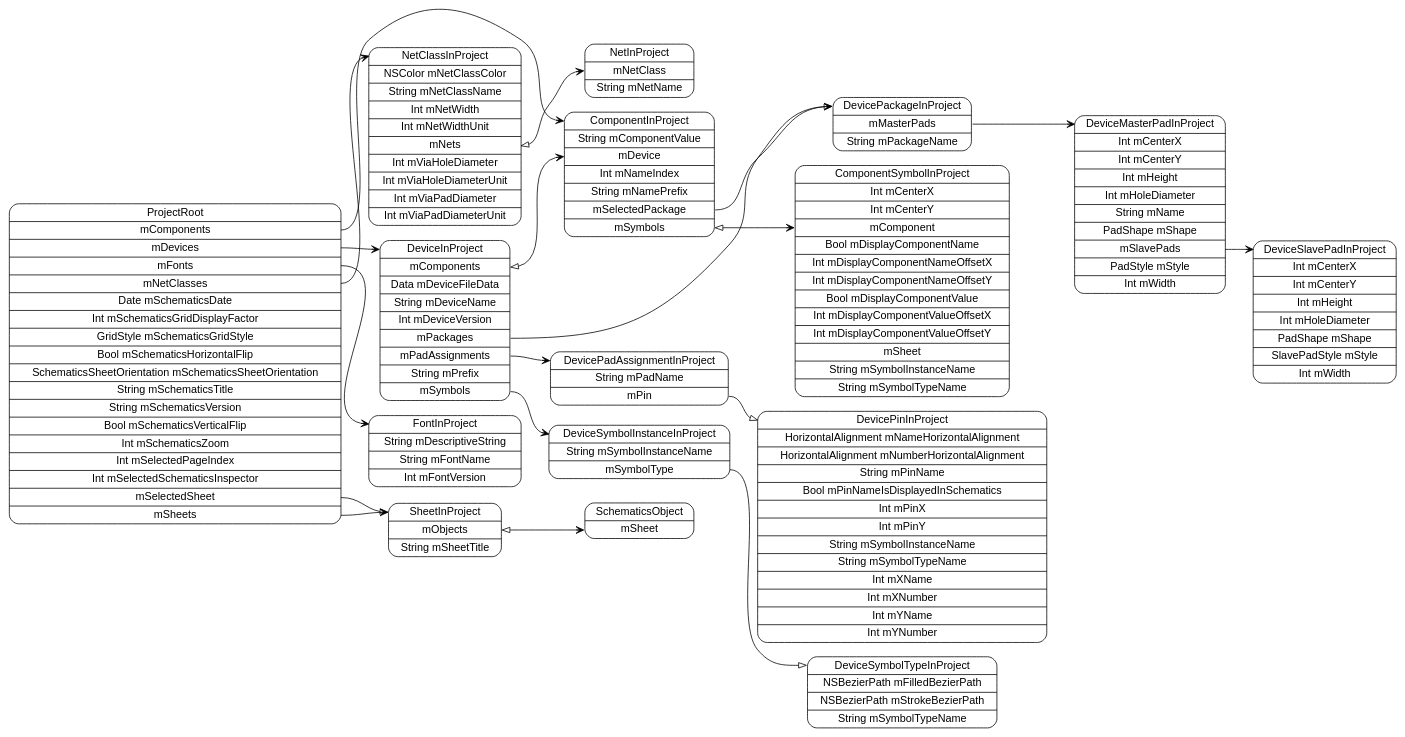
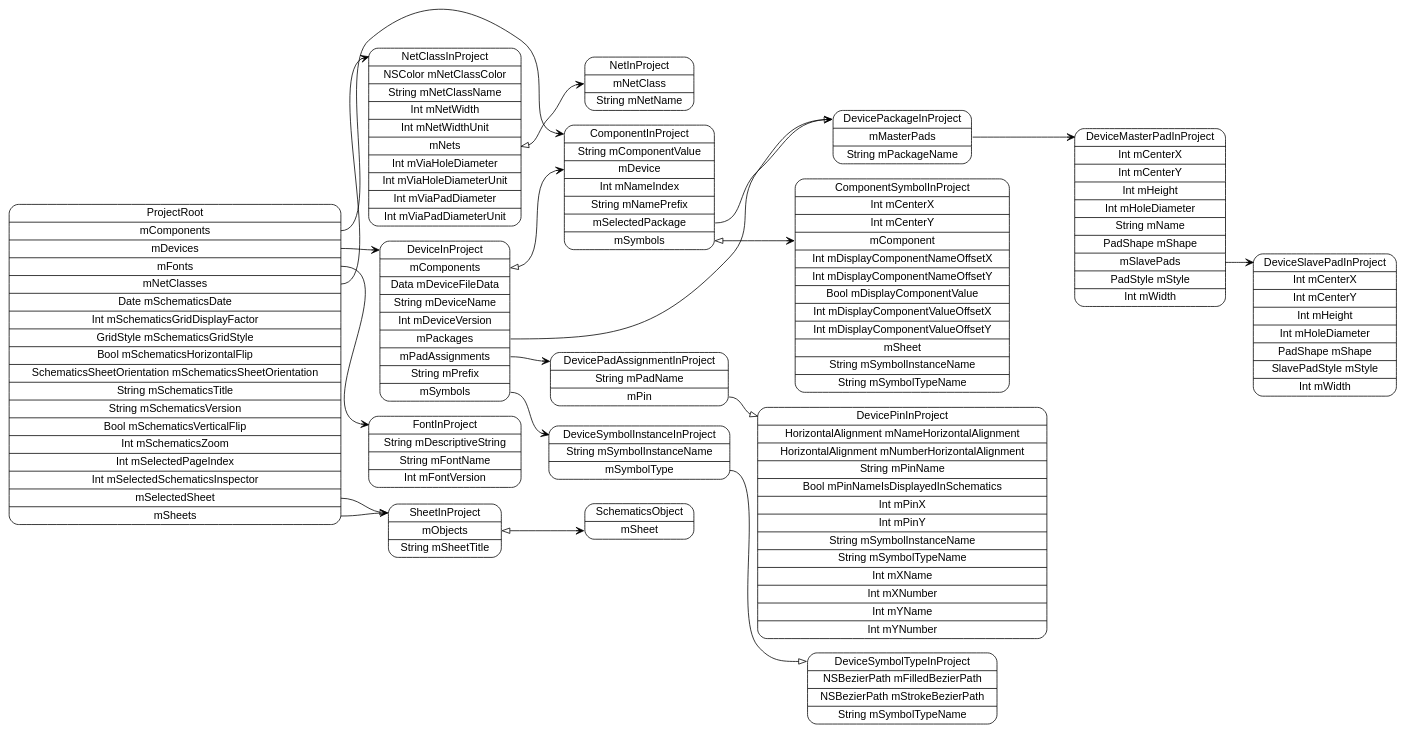
The diagram in models/ProjectRoot.dot (pierremolinaro/ElCanari-dev), drawn with Graphviz before and after one commit. The commit also changed 18 other files, not shown here.

Commit message:
Starting symbol inspector in project

```diff
--- a/models/ProjectRoot.dot
+++ b/models/ProjectRoot.dot
@@ -1,38 +1,38 @@
 digraph G {
   rankdir=LR ;
   node [shape=record fontname=helvetica style=rounded] ;
   ProjectRoot[label="<ProjectRoot>ProjectRoot|<mComponents>mComponents|<mDevices>mDevices|<mFonts>mFonts|<mNetClasses>mNetClasses|Date mSchematicsDate|Int mSchematicsGridDisplayFactor|GridStyle mSchematicsGridStyle|Bool mSchematicsHorizontalFlip|SchematicsSheetOrientation mSchematicsSheetOrientation|String mSchematicsTitle|String mSchematicsVersion|Bool mSchematicsVerticalFlip|Int mSchematicsZoom|Int mSelectedPageIndex|Int mSelectedSchematicsInspector|<mSelectedSheet>mSelectedSheet|<mSheets>mSheets"] ;
   SheetInProject[label="<SheetInProject>SheetInProject|<mObjects>mObjects|String mSheetTitle"] ;
   SchematicsObject[label="<SchematicsObject>SchematicsObject|<mSheet>mSheet"] ;
   NetClassInProject[label="<NetClassInProject>NetClassInProject|NSColor mNetClassColor|String mNetClassName|Int mNetWidth|Int mNetWidthUnit|<mNets>mNets|Int mViaHoleDiameter|Int mViaHoleDiameterUnit|Int mViaPadDiameter|Int mViaPadDiameterUnit"] ;
   NetInProject[label="<NetInProject>NetInProject|<mNetClass>mNetClass|String mNetName"] ;
   FontInProject[label="<FontInProject>FontInProject|String mDescriptiveString|String mFontName|Int mFontVersion"] ;
   DeviceInProject[label="<DeviceInProject>DeviceInProject|<mComponents>mComponents|Data mDeviceFileData|String mDeviceName|Int mDeviceVersion|<mPackages>mPackages|<mPadAssignments>mPadAssignments|String mPrefix|<mSymbols>mSymbols"] ;
   DeviceSymbolInstanceInProject[label="<DeviceSymbolInstanceInProject>DeviceSymbolInstanceInProject|String mSymbolInstanceName|<mSymbolType>mSymbolType"] ;
   DeviceSymbolTypeInProject[label="<DeviceSymbolTypeInProject>DeviceSymbolTypeInProject|NSBezierPath mFilledBezierPath|NSBezierPath mStrokeBezierPath|String mSymbolTypeName"] ;
   DevicePadAssignmentInProject[label="<DevicePadAssignmentInProject>DevicePadAssignmentInProject|String mPadName|<mPin>mPin"] ;
   DevicePinInProject[label="<DevicePinInProject>DevicePinInProject|HorizontalAlignment mNameHorizontalAlignment|HorizontalAlignment mNumberHorizontalAlignment|String mPinName|Bool mPinNameIsDisplayedInSchematics|Int mPinX|Int mPinY|String mSymbolInstanceName|String mSymbolTypeName|Int mXName|Int mXNumber|Int mYName|Int mYNumber"] ;
   DevicePackageInProject[label="<DevicePackageInProject>DevicePackageInProject|<mMasterPads>mMasterPads|String mPackageName"] ;
   DeviceMasterPadInProject[label="<DeviceMasterPadInProject>DeviceMasterPadInProject|Int mCenterX|Int mCenterY|Int mHeight|Int mHoleDiameter|String mName|PadShape mShape|<mSlavePads>mSlavePads|PadStyle mStyle|Int mWidth"] ;
   DeviceSlavePadInProject[label="<DeviceSlavePadInProject>DeviceSlavePadInProject|Int mCenterX|Int mCenterY|Int mHeight|Int mHoleDiameter|PadShape mShape|SlavePadStyle mStyle|Int mWidth"] ;
   ComponentInProject[label="<ComponentInProject>ComponentInProject|String mComponentValue|<mDevice>mDevice|Int mNameIndex|String mNamePrefix|<mSelectedPackage>mSelectedPackage|<mSymbols>mSymbols"] ;
-  ComponentSymbolInProject[label="<ComponentSymbolInProject>ComponentSymbolInProject|Int mCenterX|Int mCenterY|<mComponent>mComponent|Bool mDisplayComponentName|Int mDisplayComponentNameOffsetX|Int mDisplayComponentNameOffsetY|Bool mDisplayComponentValue|Int mDisplayComponentValueOffsetX|Int mDisplayComponentValueOffsetY|<mSheet>mSheet|String mSymbolInstanceName|String mSymbolTypeName"] ;
+  ComponentSymbolInProject[label="<ComponentSymbolInProject>ComponentSymbolInProject|Int mCenterX|Int mCenterY|<mComponent>mComponent|Int mDisplayComponentNameOffsetX|Int mDisplayComponentNameOffsetY|Bool mDisplayComponentValue|Int mDisplayComponentValueOffsetX|Int mDisplayComponentValueOffsetY|<mSheet>mSheet|String mSymbolInstanceName|String mSymbolTypeName"] ;
   ProjectRoot:mComponents -> ComponentInProject:ComponentInProject [dir=both arrowtail=none arrowhead=vee] ;
   ProjectRoot:mDevices -> DeviceInProject:DeviceInProject [dir=both arrowtail=none arrowhead=vee] ;
   ProjectRoot:mFonts -> FontInProject:FontInProject [dir=both arrowtail=none arrowhead=vee] ;
   ProjectRoot:mNetClasses -> NetClassInProject:NetClassInProject [dir=both arrowtail=none arrowhead=vee] ;
   ProjectRoot:mSelectedSheet -> SheetInProject:SheetInProject [dir=both arrowtail=none arrowhead=onormal] ;
   ProjectRoot:mSheets -> SheetInProject:SheetInProject [dir=both arrowtail=none arrowhead=vee] ;
   SheetInProject:mObjects -> SchematicsObject:mSheet [dir=both arrowtail=onormal arrowhead=vee] ;
   NetClassInProject:mNets -> NetInProject:mNetClass [dir=both arrowtail=onormal arrowhead=vee] ;
   DeviceInProject:mComponents -> ComponentInProject:mDevice [dir=both arrowtail=onormal arrowhead=vee] ;
   DeviceInProject:mPackages -> DevicePackageInProject:DevicePackageInProject [dir=both arrowtail=none arrowhead=vee] ;
   DeviceInProject:mPadAssignments -> DevicePadAssignmentInProject:DevicePadAssignmentInProject [dir=both arrowtail=none arrowhead=vee] ;
   DeviceInProject:mSymbols -> DeviceSymbolInstanceInProject:DeviceSymbolInstanceInProject [dir=both arrowtail=none arrowhead=vee] ;
   DeviceSymbolInstanceInProject:mSymbolType -> DeviceSymbolTypeInProject:DeviceSymbolTypeInProject [dir=both arrowtail=none arrowhead=onormal] ;
   DevicePadAssignmentInProject:mPin -> DevicePinInProject:DevicePinInProject [dir=both arrowtail=none arrowhead=onormal] ;
   DevicePackageInProject:mMasterPads -> DeviceMasterPadInProject:DeviceMasterPadInProject [dir=both arrowtail=none arrowhead=vee] ;
   DeviceMasterPadInProject:mSlavePads -> DeviceSlavePadInProject:DeviceSlavePadInProject [dir=both arrowtail=none arrowhead=vee] ;
   ComponentInProject:mSelectedPackage -> DevicePackageInProject:DevicePackageInProject [dir=both arrowtail=none arrowhead=onormal] ;
   ComponentInProject:mSymbols -> ComponentSymbolInProject:mComponent [dir=both arrowtail=onormal arrowhead=vee] ;
 }
```
